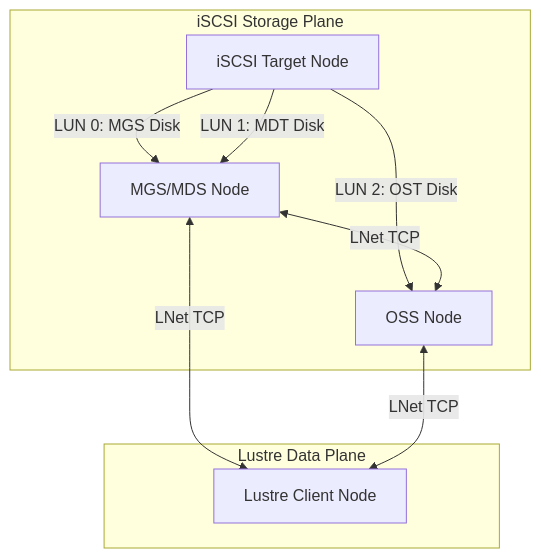
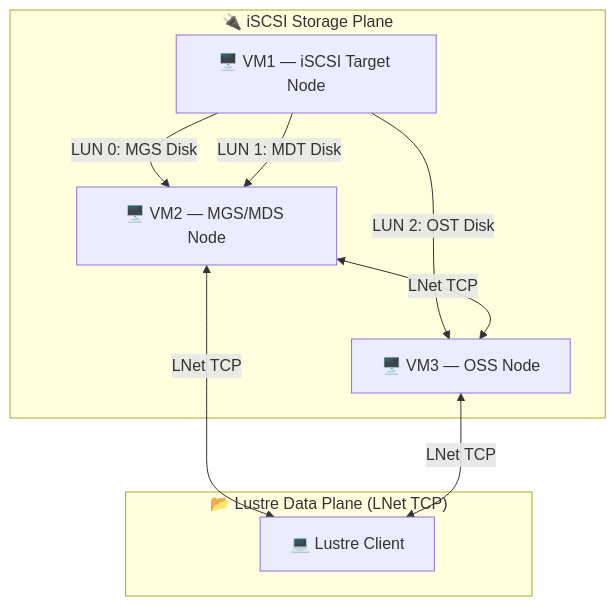
The first of 2 diagrams in Readme.md (RahulPB08/iscsi), drawn with Mermaid before and after one commit. The commit also changed other lines of this file and 4 other files, not shown here.

````diff
--- a/Readme.md
+++ b/Readme.md
@@ -15,15 +55,15 @@
 ```mermaid
 graph TD
-    subgraph Storage Network [iSCSI Storage Plane]
-        Target[iSCSI Target Node]
-        Target -->|LUN 0: MGS Disk| MGS_MDS[MGS/MDS Node]
-        Target -->|LUN 1: MDT Disk| MGS_MDS
-        Target -->|LUN 2: OST Disk| OSS[OSS Node]
+    subgraph iSCSI ["🔌 iSCSI Storage Plane"]
+        Target["🖥️ VM1 — iSCSI Target Node"]
+        Target -->|"LUN 0: MGS Disk"| MGS_MDS["🖥️ VM2 — MGS/MDS Node"]
+        Target -->|"LUN 1: MDT Disk"| MGS_MDS
+        Target -->|"LUN 2: OST Disk"| OSS["🖥️ VM3 — OSS Node"]
     end
 
-    subgraph Filesystem Network [Lustre Data Plane]
+    subgraph Lustre ["📂 Lustre Data Plane (LNet TCP)"]
         MGS_MDS <-->|LNet TCP| OSS
-        MGS_MDS <-->|LNet TCP| Client[Lustre Client Node]
+        MGS_MDS <-->|LNet TCP| Client["💻 Lustre Client"]
         OSS <-->|LNet TCP| Client
     end
 ```
````
